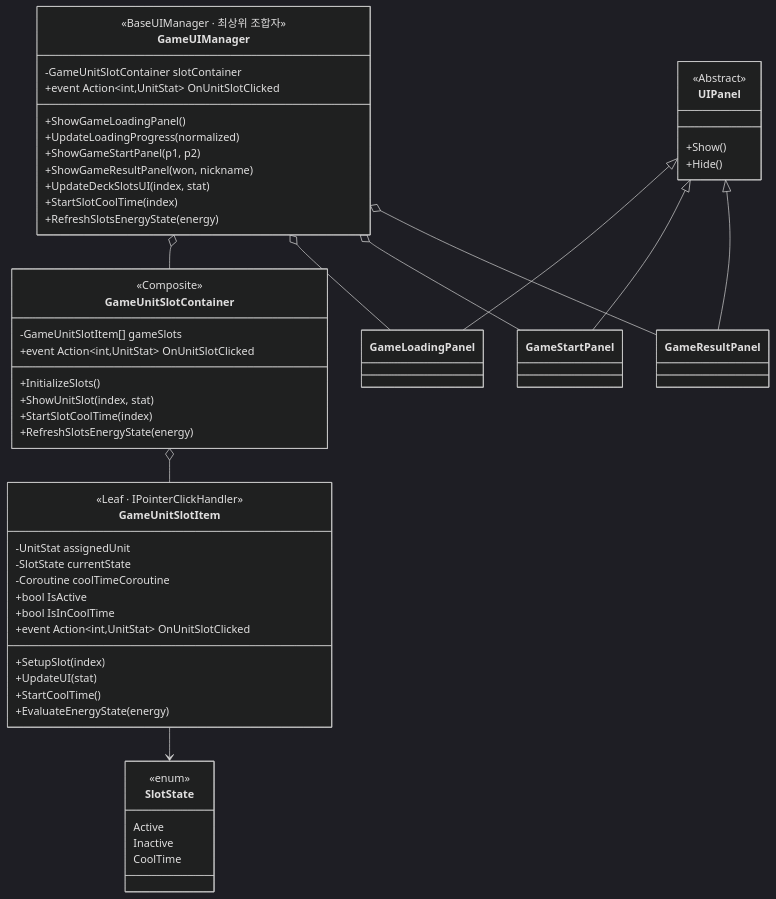
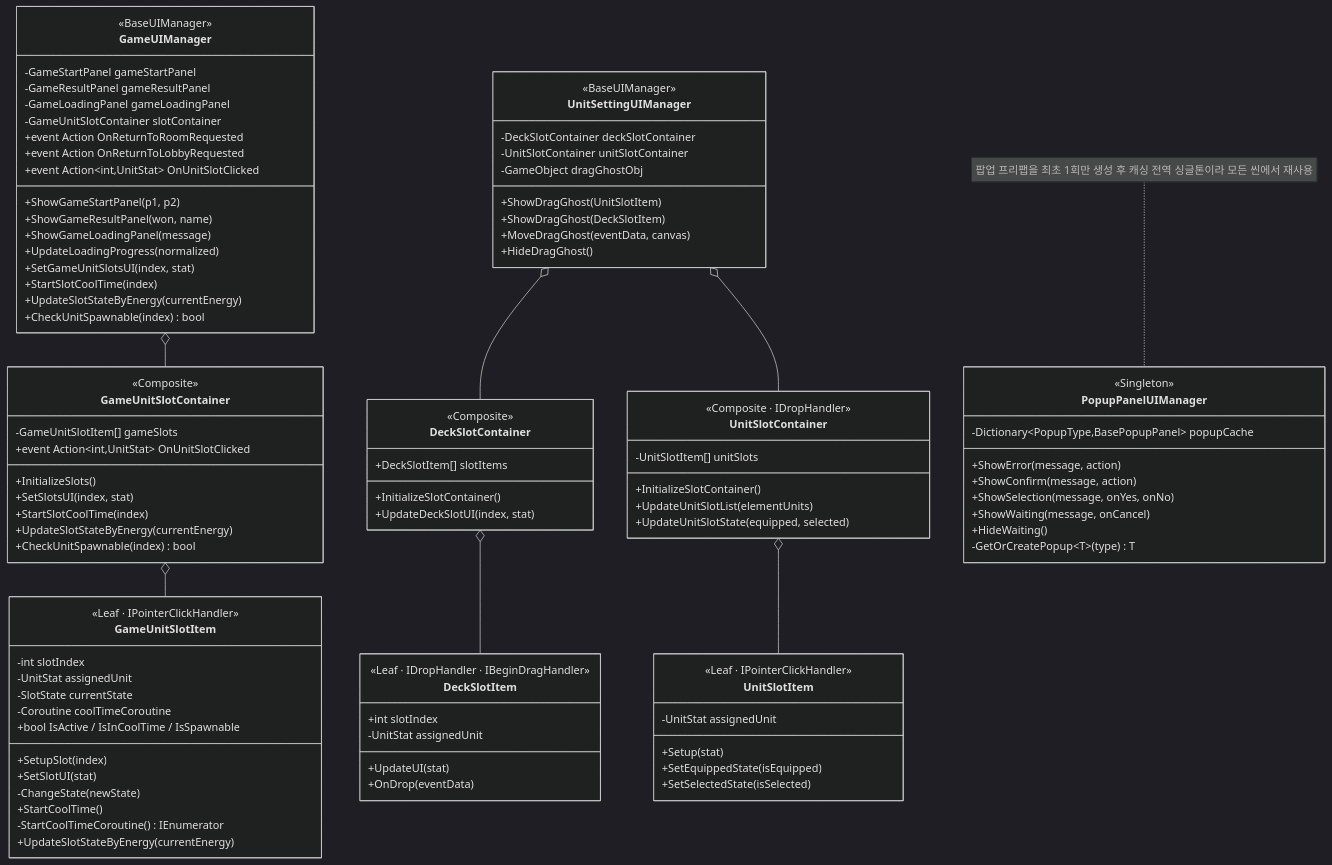
Diagram 11 of 15 in Docs/ClassDiagram.md (dbwoaud/ElementalWar_portfolio), drawn with Mermaid (dark theme) before and after one commit. The commit also changed other lines of this file, not shown here.

````diff
--- a/Docs/ClassDiagram.md
+++ b/Docs/ClassDiagram.md
@@ -736,16 +806,22 @@
 ```mermaid
 classDiagram
     class GameUIManager {
-        <<BaseUIManager · 최상위 조합자>>
+        <<BaseUIManager>>
+        -GameStartPanel gameStartPanel
+        -GameResultPanel gameResultPanel
+        -GameLoadingPanel gameLoadingPanel
         -GameUnitSlotContainer slotContainer
+        +event Action OnReturnToRoomRequested
+        +event Action OnReturnToLobbyRequested
         +event Action~int,UnitStat~ OnUnitSlotClicked
-        +ShowGameLoadingPanel()
+        +ShowGameStartPanel(p1, p2)
+        +ShowGameResultPanel(won, name)
+        +ShowGameLoadingPanel(message)
         +UpdateLoadingProgress(normalized)
-        +ShowGameStartPanel(p1, p2)
-        +ShowGameResultPanel(won, nickname)
-        +UpdateDeckSlotsUI(index, stat)
+        +SetGameUnitSlotsUI(index, stat)
         +StartSlotCoolTime(index)
-        +RefreshSlotsEnergyState(energy)
+        +UpdateSlotStateByEnergy(currentEnergy)
+        +CheckUnitSpawnable(index) bool
     }
 
     class GameUnitSlotContainer {
@@ -753,49 +829,85 @@
         -GameUnitSlotItem[] gameSlots
         +event Action~int,UnitStat~ OnUnitSlotClicked
         +InitializeSlots()
-        +ShowUnitSlot(index, stat)
+        +SetSlotsUI(index, stat)
         +StartSlotCoolTime(index)
-        +RefreshSlotsEnergyState(energy)
+        +UpdateSlotStateByEnergy(currentEnergy)
+        +CheckUnitSpawnable(index) bool
     }
 
     class GameUnitSlotItem {
         <<Leaf · IPointerClickHandler>>
+        -int slotIndex
         -UnitStat assignedUnit
         -SlotState currentState
         -Coroutine coolTimeCoroutine
-        +bool IsActive
-        +bool IsInCoolTime
-        +event Action~int,UnitStat~ OnUnitSlotClicked
+        +bool IsActive / IsInCoolTime / IsSpawnable
         +SetupSlot(index)
-        +UpdateUI(stat)
+        +SetSlotUI(stat)
+        -ChangeState(newState)
         +StartCoolTime()
-        +EvaluateEnergyState(energy)
+        -StartCoolTimeCoroutine() IEnumerator
+        +UpdateSlotStateByEnergy(currentEnergy)
     }
 
-    class SlotState {
-        <<enum>>
-        Active
-        Inactive
-        CoolTime
+    class UnitSettingUIManager {
+        <<BaseUIManager>>
+        -DeckSlotContainer deckSlotContainer
+        -UnitSlotContainer unitSlotContainer
+        -GameObject dragGhostObj
+        +ShowDragGhost(UnitSlotItem)
+        +ShowDragGhost(DeckSlotItem)
+        +MoveDragGhost(eventData, canvas)
+        +HideDragGhost()
     }
 
-    class UIPanel {
-        <<Abstract>>
-        +Show()
-        +Hide()
+    class DeckSlotContainer {
+        <<Composite>>
+        +DeckSlotItem[] slotItems
+        +InitializeSlotContainer()
+        +UpdateDeckSlotUI(index, stat)
     }
-    class GameLoadingPanel
-    class GameStartPanel
-    class GameResultPanel
 
-    UIPanel <|-- GameLoadingPanel
-    UIPanel <|-- GameStartPanel
-    UIPanel <|-- GameResultPanel
+    class DeckSlotItem {
+        <<Leaf · IDropHandler · IBeginDragHandler>>
+        +int slotIndex
+        -UnitStat assignedUnit
+        +UpdateUI(stat)
+        +OnDrop(eventData)
+    }
+
+    class UnitSlotContainer {
+        <<Composite · IDropHandler>>
+        -UnitSlotItem[] unitSlots
+        +InitializeSlotContainer()
+        +UpdateUnitSlotList(elementUnits)
+        +UpdateUnitSlotState(equipped, selected)
+    }
+
+    class UnitSlotItem {
+        <<Leaf · IPointerClickHandler>>
+        -UnitStat assignedUnit
+        +Setup(stat)
+        +SetEquippedState(isEquipped)
+        +SetSelectedState(isSelected)
+    }
+
+    class PopupPanelUIManager {
+        <<Singleton>>
+        -Dictionary~PopupType,BasePopupPanel~ popupCache
+        +ShowError(message, action)
+        +ShowConfirm(message, action)
+        +ShowSelection(message, onYes, onNo)
+        +ShowWaiting(message, onCancel)
+        +HideWaiting()
+        -GetOrCreatePopup~T~(type) T
+    }
+    note for PopupPanelUIManager "팝업 프리팹을 최초 1회만 생성 후 캐싱 전역 싱글톤이라 모든 씬에서 재사용"
 
     GameUIManager o-- GameUnitSlotContainer
-    GameUIManager o-- GameLoadingPanel
-    GameUIManager o-- GameStartPanel
-    GameUIManager o-- GameResultPanel
     GameUnitSlotContainer o-- GameUnitSlotItem
-    GameUnitSlotItem --> SlotState
+    UnitSettingUIManager o-- DeckSlotContainer
+    UnitSettingUIManager o-- UnitSlotContainer
+    DeckSlotContainer o-- DeckSlotItem
+    UnitSlotContainer o-- UnitSlotItem
 ```
````
